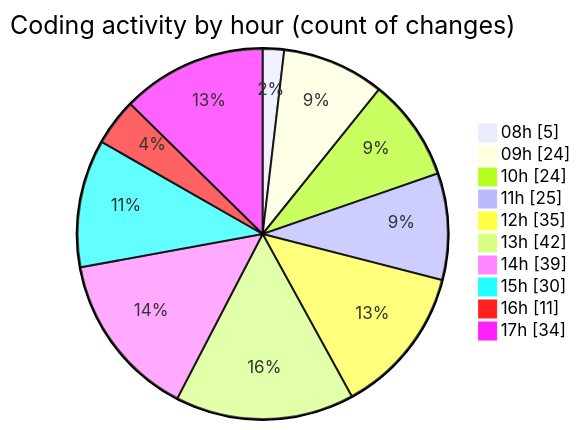
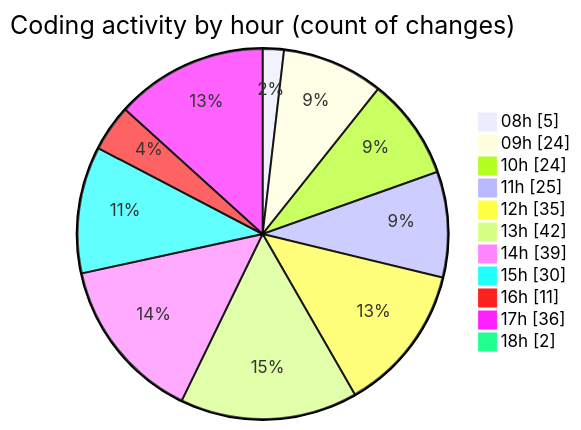
The second of 2 diagrams in 2025-11-24/cda/README.md (momahboobian/code-tracking), drawn with Mermaid before and after one commit. The commit also changed other lines of this file and 1 other file, not shown here.

````diff
--- a/2025-11-24/cda/README.md
+++ b/2025-11-24/cda/README.md
@@ -47,14 +47,15 @@
 ```mermaid
 pie showData
 title Coding activity by hour (count of changes)
 "08h" : 5
 "09h" : 24
 "10h" : 24
 "11h" : 25
 "12h" : 35
 "13h" : 42
 "14h" : 39
 "15h" : 30
 "16h" : 11
-"17h" : 34
+"17h" : 36
+"18h" : 2
 ```
````
